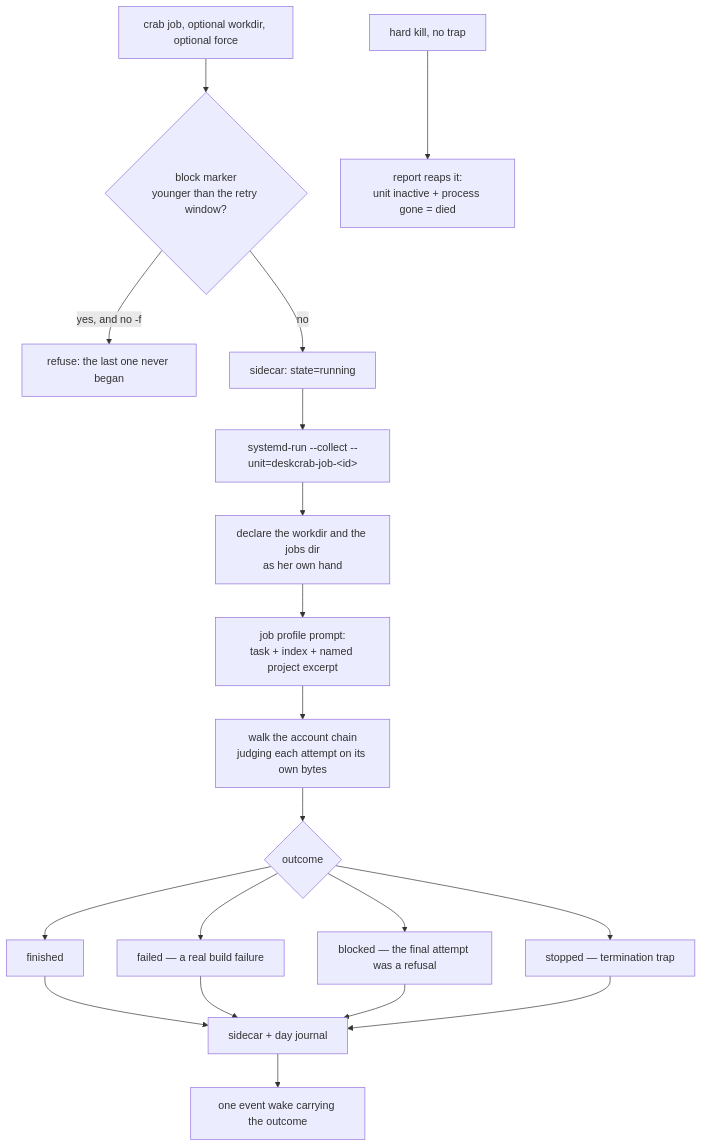
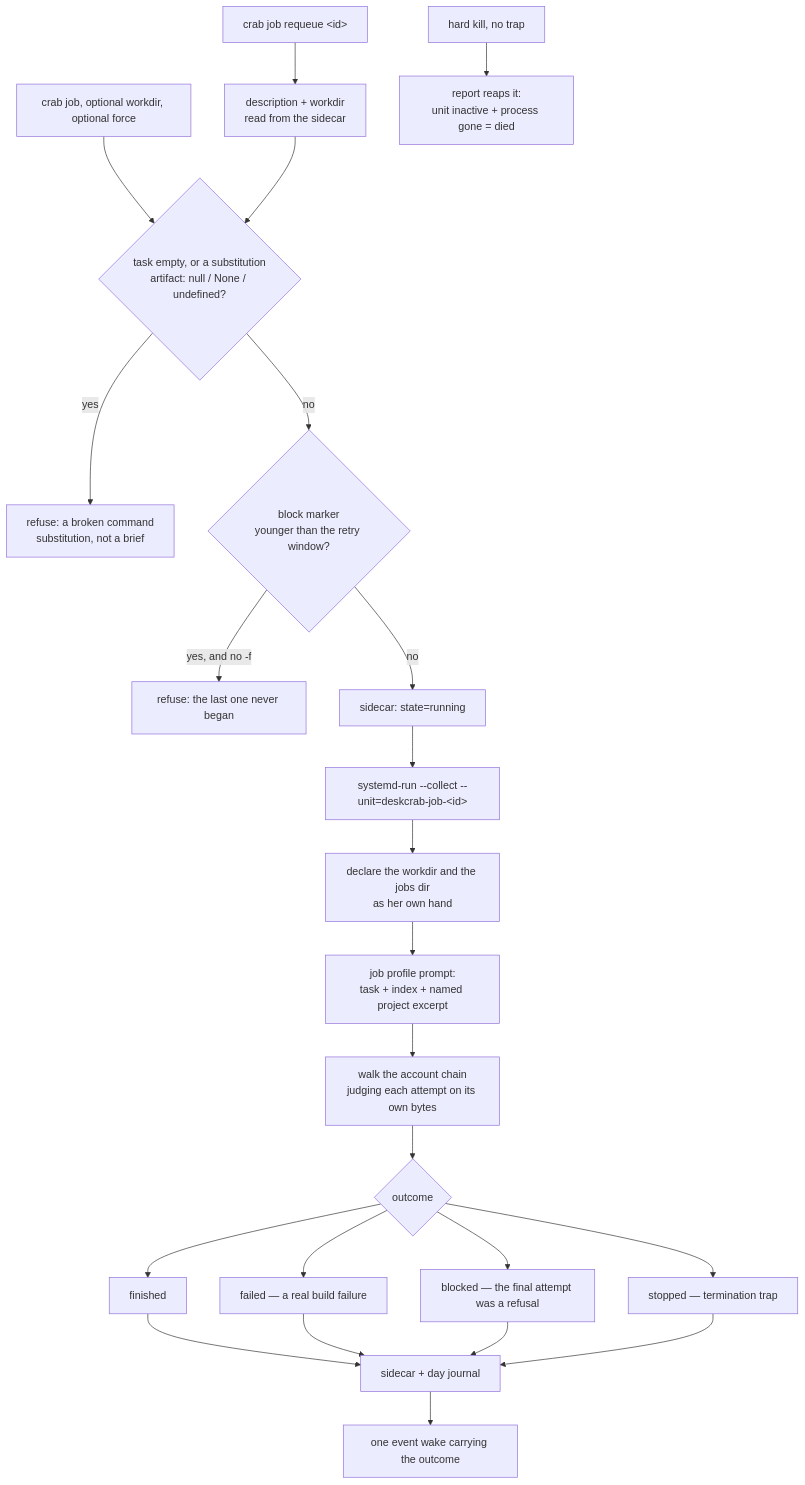
One commit to TheDiscordian/deskcrab changed the diagram in specs/jobs.md. Above: the diagram before and after it, drawn with Mermaid. The commit also changed other lines of this file and 5 other files, not shown here.

````diff
--- a/specs/jobs.md
+++ b/specs/jobs.md
@@ -120,18 +134,22 @@
 ```mermaid
 flowchart TD
-  J0["crab job, optional workdir, optional force"] --> J1{"block marker<br/>younger than the retry window?"}
+  J0["crab job, optional workdir, optional force"] --> G{"task empty, or a substitution<br/>artifact: null / None / undefined?"}
+  R0["crab job requeue &lt;id&gt;"] --> R1["description + workdir<br/>read from the sidecar"]
+  R1 --> G
+  G -->|yes| Gr["refuse: a broken command<br/>substitution, not a brief"]
+  G -->|no| J1{"block marker<br/>younger than the retry window?"}
   J1 -->|yes, and no -f| J1b["refuse: the last one never began"]
   J1 -->|no| J2["sidecar: state=running"]
   J2 --> J3["systemd-run --collect --unit=deskcrab-job-&lt;id&gt;"]
   J3 --> J4["declare the workdir and the jobs dir<br/>as her own hand"]
   J4 --> J5["job profile prompt:<br/>task + index + named project excerpt"]
   J5 --> J6["walk the account chain<br/>judging each attempt on its own bytes"]
   J6 --> O{"outcome"}
   O --> Oa["finished"]
   O --> Ob["failed — a real build failure"]
   O --> Oc["blocked — the final attempt was a refusal"]
   O --> Od["stopped — termination trap"]
   Oa & Ob & Oc & Od --> J8["sidecar + day journal"]
   J8 --> J9["one event wake carrying the outcome"]
   X["hard kill, no trap"] --> R["report reaps it:<br/>unit inactive + process gone = died"]
 ```
````
